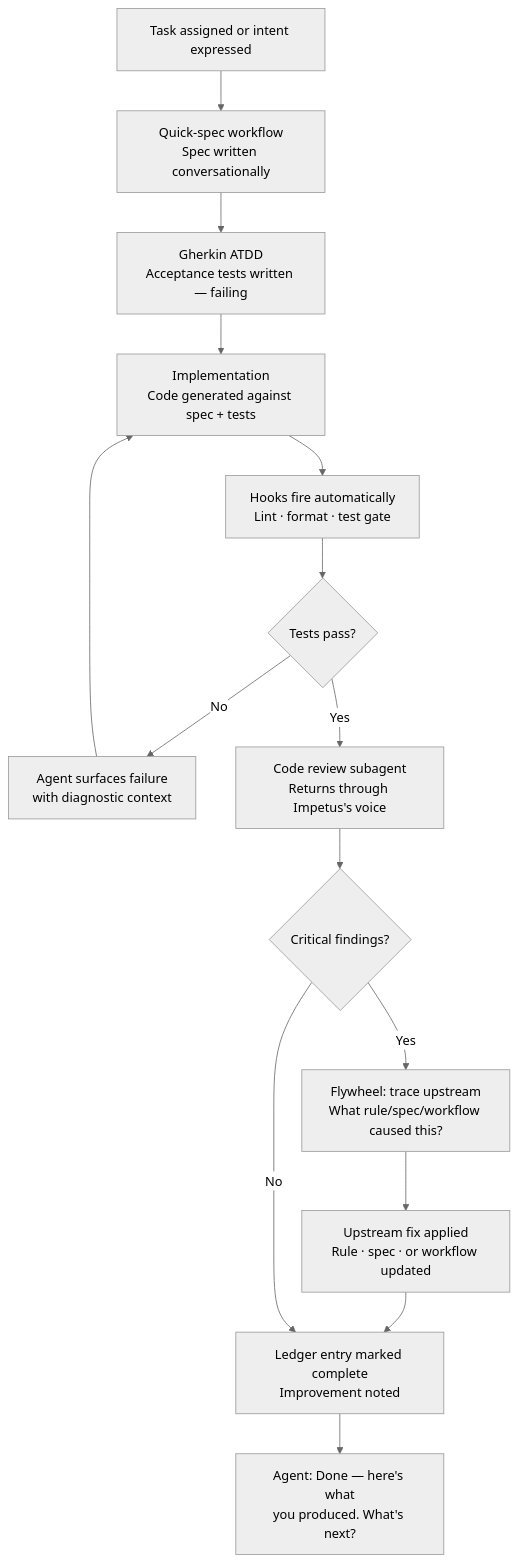
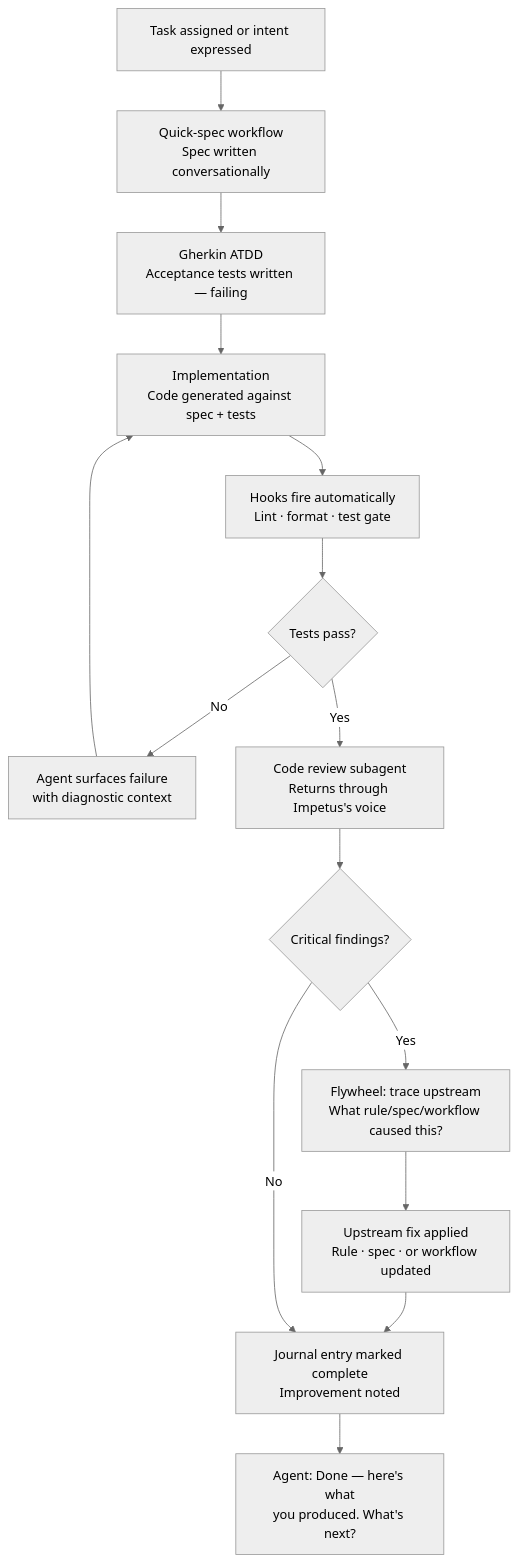
Before and after one commit to iamsteveholmes/momentum: the second of 3 diagrams in _bmad-output/planning-artifacts/ux-design-specification.md, drawn with Mermaid (neutral theme). The commit also changed other lines of this file and 7 other files, not shown here.

First line of the commit message:
docs(specs): rename session ledger → session journal across all specs and stories

````diff
--- a/_bmad-output/planning-artifacts/ux-design-specification.md
+++ b/_bmad-output/planning-artifacts/ux-design-specification.md
@@ -726,17 +726,17 @@
 ```mermaid
 flowchart TD
     A[Task assigned or intent expressed] --> B[Quick-spec workflow\nSpec written conversationally]
     B --> C[Gherkin ATDD\nAcceptance tests written — failing]
     C --> D[Implementation\nCode generated against spec + tests]
     D --> E[Hooks fire automatically\nLint · format · test gate]
     E --> F{Tests pass?}
     F -->|No| G[Agent surfaces failure\nwith diagnostic context]
     G --> D
     F -->|Yes| H[Code review subagent\nReturns through Impetus's voice]
     H --> I{Critical findings?}
     I -->|Yes| J[Flywheel: trace upstream\nWhat rule/spec/workflow caused this?]
     J --> K[Upstream fix applied\nRule · spec · or workflow updated]
-    K --> L[Ledger entry marked complete\nImprovement noted]
+    K --> L[Journal entry marked complete\nImprovement noted]
     I -->|No| L
     L --> M[Agent: Done — here's what\nyou produced. What's next?]
 ```
````
